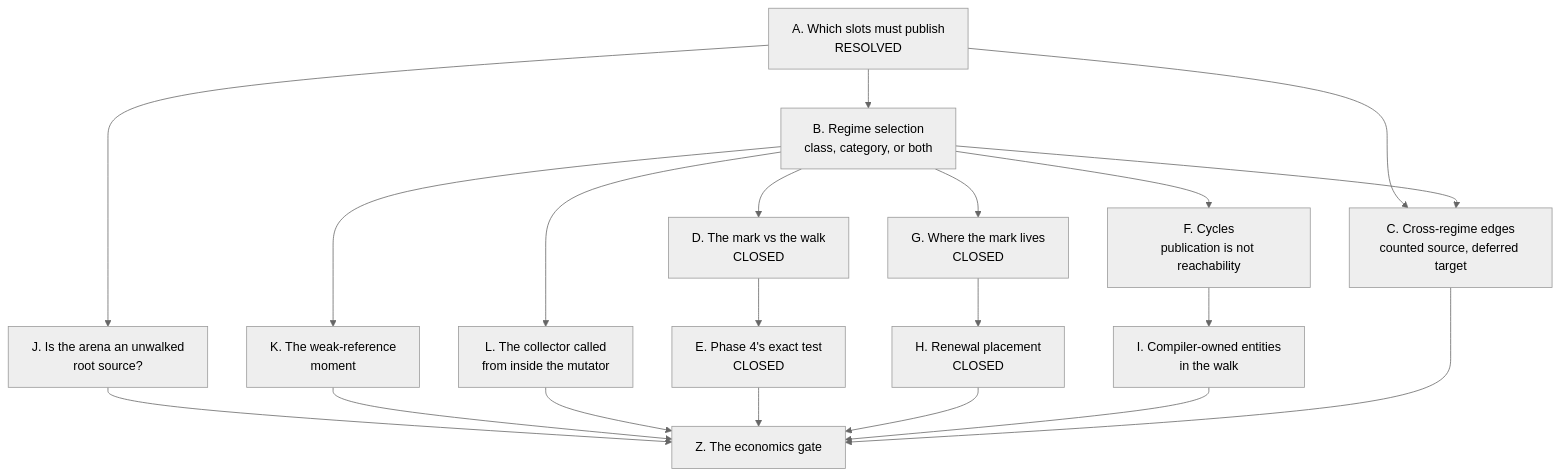
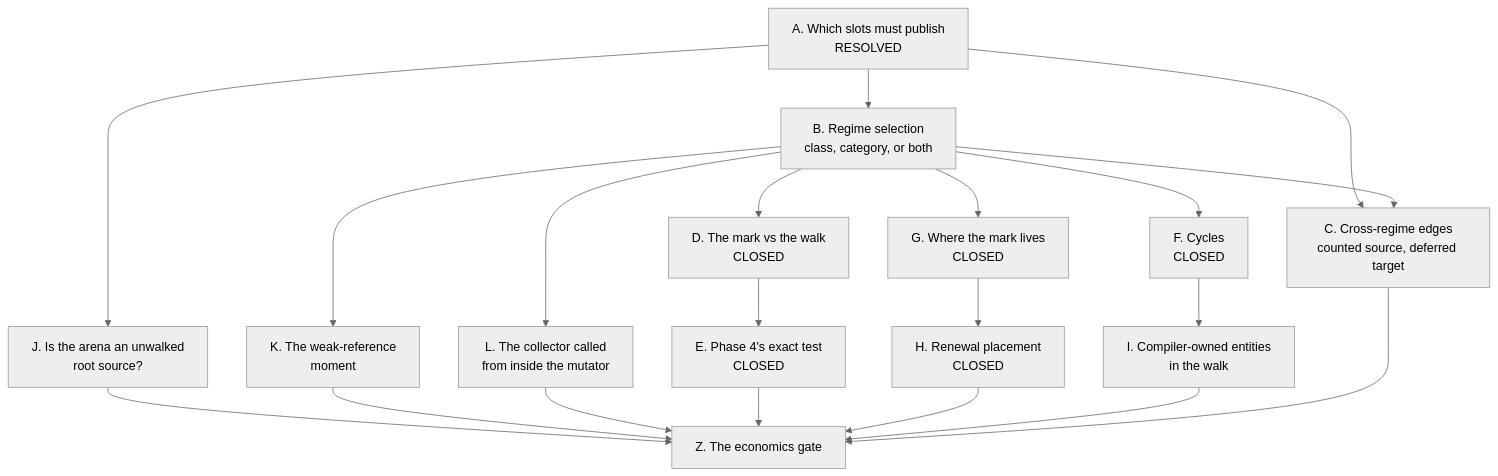
The diagram in model/gc/gc-horizon-v2/questions.md (limelight-lang/rfc), drawn with Mermaid (neutral theme) before and after one commit. The commit also changed other lines of this file, not shown here.

Commit message:
gc: cycles fall out of the trace the collector already performs

````diff
--- a/model/gc/gc-horizon-v2/questions.md
+++ b/model/gc/gc-horizon-v2/questions.md
@@ -9,36 +9,36 @@
 ```mermaid
 graph TD
     A["A. Which slots must publish<br/>RESOLVED"]
     B["B. Regime selection<br/>class, category, or both"]
     C["C. Cross-regime edges<br/>counted source, deferred target"]
     D["D. The mark vs the walk<br/>CLOSED"]
     E["E. Phase 4's exact test<br/>CLOSED"]
-    F["F. Cycles<br/>publication is not reachability"]
+    F["F. Cycles<br/>CLOSED"]
     G["G. Where the mark lives<br/>CLOSED"]
     H["H. Renewal placement<br/>CLOSED"]
     I["I. Compiler-owned entities<br/>in the walk"]
     J["J. Is the arena an unwalked<br/>root source?"]
     K["K. The weak-reference<br/>moment"]
     L["L. The collector called<br/>from inside the mutator"]
     Z["Z. The economics gate"]
 
     A --> B
     A --> C
     B --> C
     B --> D
     B --> F
     B --> G
     D --> E
     F --> I
     G --> H
     A --> J
     J --> Z
     B --> K
     K --> Z
     B --> L
     L --> Z
     E --> Z
     H --> Z
     I --> Z
     C --> Z
 ```
````
